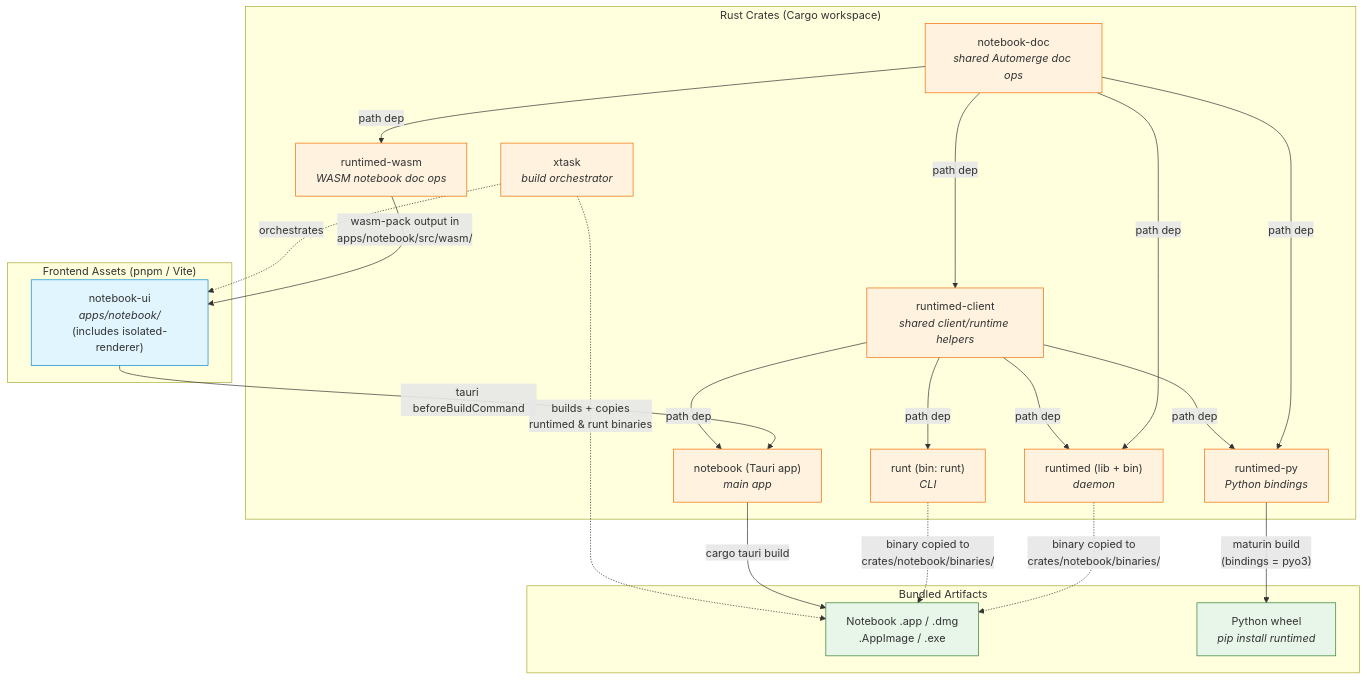
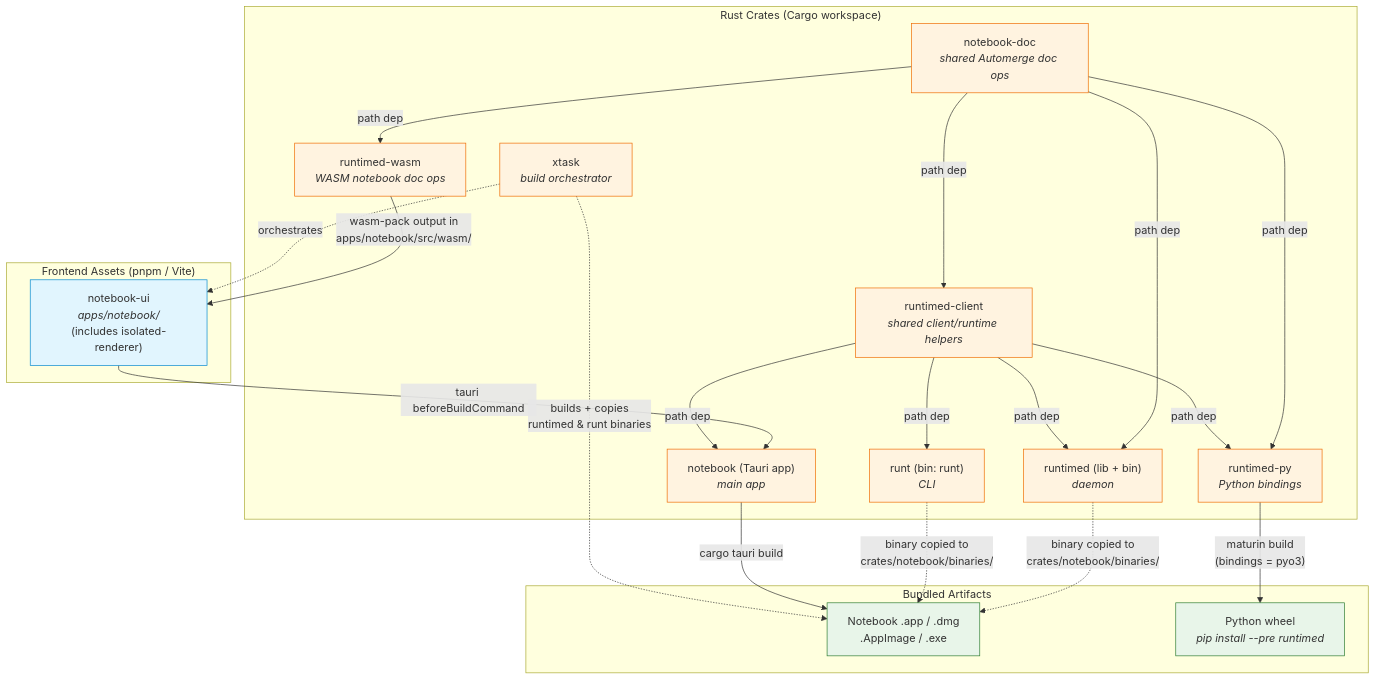
Before and after one commit to nteract/desktop: the first of 3 diagrams in contributing/build-dependencies.md, drawn with Mermaid. The commit also changed 4 other files, not shown here.

First line of the commit message:
docs: point python install commands at --pre channel

````diff
--- a/contributing/build-dependencies.md
+++ b/contributing/build-dependencies.md
@@ -14,56 +14,56 @@
 ```mermaid
 graph TD
     subgraph "Frontend Assets (pnpm / Vite)"
         NUI["notebook-ui<br/><i>apps/notebook/</i><br/>(includes isolated-renderer)"]
     end
 
     subgraph "Rust Crates (Cargo workspace)"
         ND["notebook-doc<br/><i>shared Automerge doc ops</i>"]
         RTC["runtimed-client<br/><i>shared client/runtime helpers</i>"]
         RD["runtimed (lib + bin)<br/><i>daemon</i>"]
         RC["runt (bin: runt)<br/><i>CLI</i>"]
         NB["notebook (Tauri app)<br/><i>main app</i>"]
         XT["xtask<br/><i>build orchestrator</i>"]
         RWASM["runtimed-wasm<br/><i>WASM notebook doc ops</i>"]
         RDPY["runtimed-py<br/><i>Python bindings</i>"]
     end
 
     subgraph "Bundled Artifacts"
         APP["Notebook .app / .dmg<br/>.AppImage / .exe"]
-        PY["Python wheel<br/><i>pip install runtimed</i>"]
+        PY["Python wheel<br/><i>pip install --pre runtimed</i>"]
     end
 
     %% Frontend → Rust compile-time dependencies
     NUI -->|"tauri beforeBuildCommand"| NB
     RWASM -->|"wasm-pack output in<br/>apps/notebook/src/wasm/"| NUI
 
     %% Rust crate dependencies (path deps in Cargo.toml)
     ND -->|"path dep"| RD
     ND -->|"path dep"| RWASM
     ND -->|"path dep"| RDPY
     ND -->|"path dep"| RTC
     RTC -->|"path dep"| NB
     RTC -->|"path dep"| RC
     RTC -->|"path dep"| RD
     RTC -->|"path dep"| RDPY
 
     %% External binary bundling (not a Cargo dep — a Tauri bundle dep)
     RD -.->|"binary copied to<br/>crates/notebook/binaries/"| APP
     RC -.->|"binary copied to<br/>crates/notebook/binaries/"| APP
     NB -->|"cargo tauri build"| APP
 
     %% Python package
     RDPY -->|"maturin build<br/>(bindings = pyo3)"| PY
 
     %% xtask orchestrates everything
     XT -.->|"orchestrates"| NUI
     XT -.->|"builds + copies<br/>runtimed & runt binaries"| APP
 
     classDef frontend fill:#e1f5fe,stroke:#0288d1
     classDef rust fill:#fff3e0,stroke:#ef6c00
     classDef artifact fill:#e8f5e9,stroke:#2e7d32
 
     class NUI frontend
     class ND,RTC,RD,RC,NB,XT,RWASM,RDPY rust
     class APP,PY artifact
 ```
````
